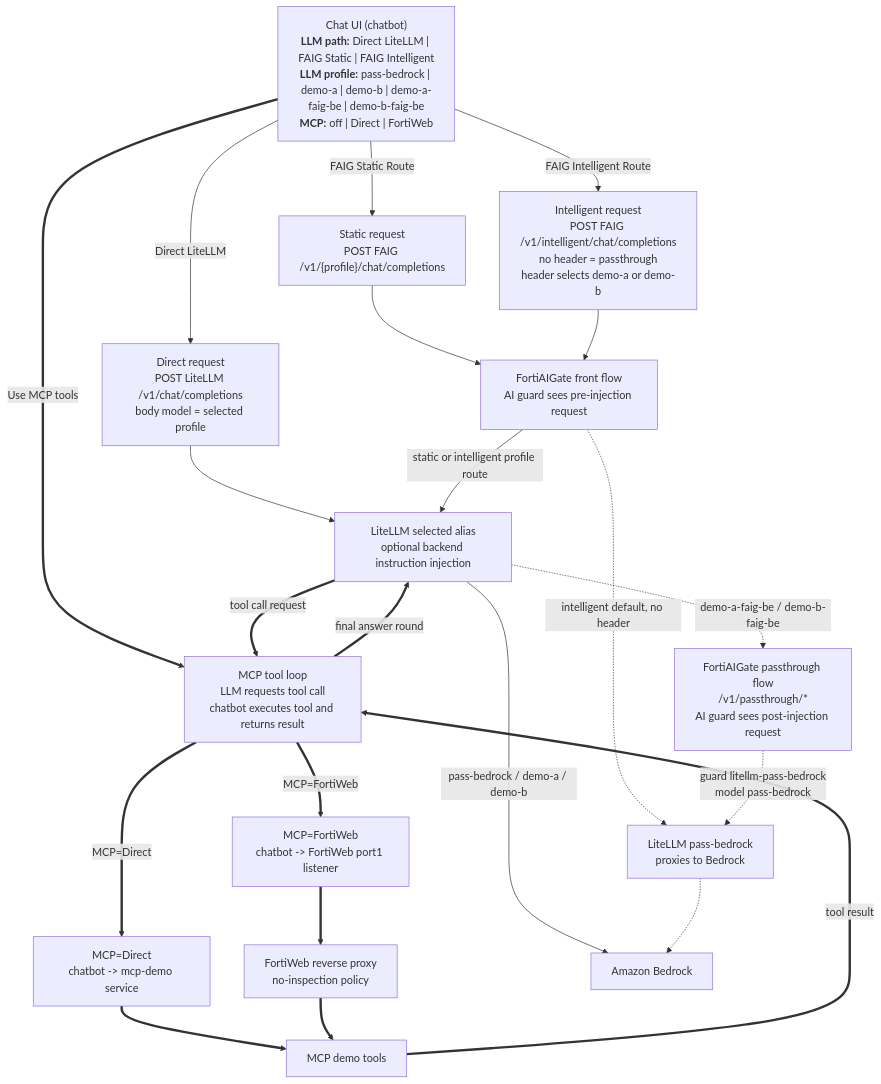
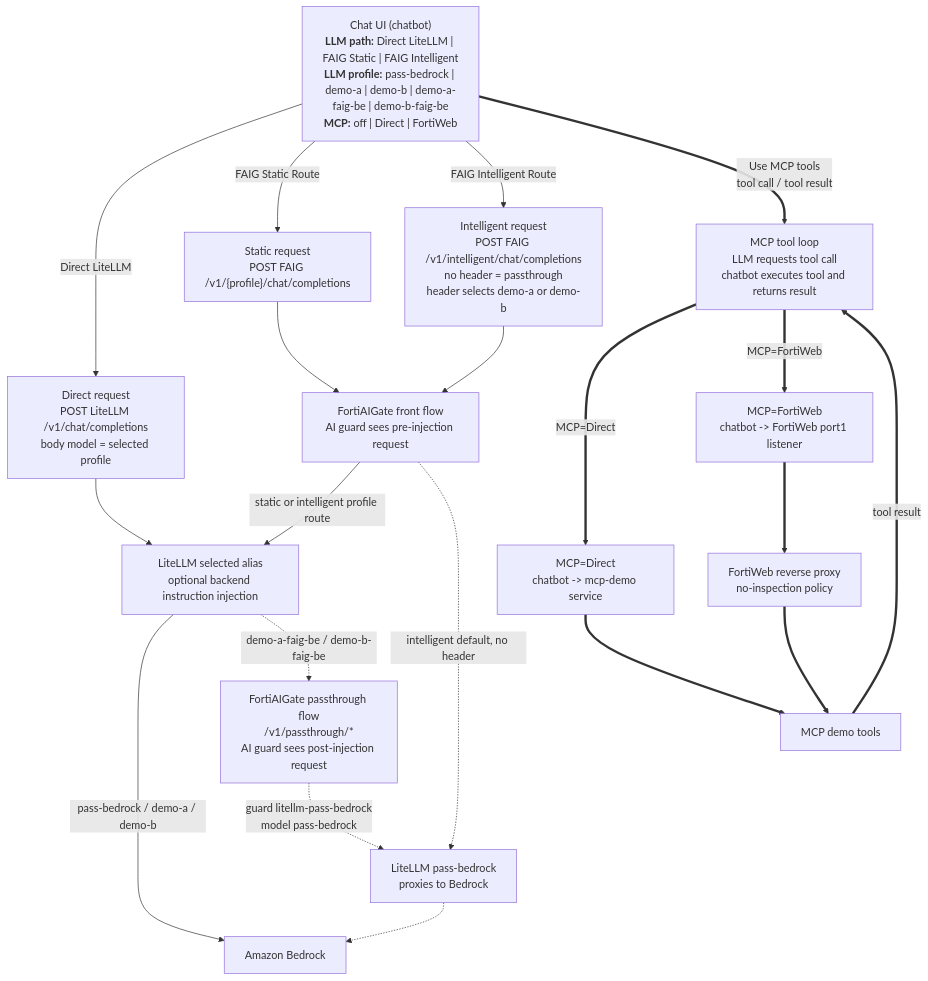
The diagram in docs/FortiAIGate-initial-config.MD (mabutterfield/fortiaigate_demo), drawn with Mermaid before and after one commit. The commit also changed 1 other file, not shown here.

Commit message:
made flows look more like network flows

````diff
--- a/docs/FortiAIGate-initial-config.MD
+++ b/docs/FortiAIGate-initial-config.MD
@@ -22,43 +22,41 @@
 ```mermaid
 flowchart TD
     UI["Chat UI (chatbot)<br/><b>LLM path:</b> Direct LiteLLM | FAIG Static | FAIG Intelligent<br/><b>LLM profile:</b> pass-bedrock | demo-a | demo-b | demo-a-faig-be | demo-b-faig-be<br/><b>MCP:</b> off | Direct | FortiWeb"]
 
     RD["Direct request<br/>POST LiteLLM /v1/chat/completions<br/>body model = selected profile"]
     RS["Static request<br/>POST FAIG /v1/{profile}/chat/completions"]
     RI["Intelligent request<br/>POST FAIG /v1/intelligent/chat/completions<br/>no header = passthrough<br/>header selects demo-a or demo-b"]
     MT["MCP tool loop<br/>LLM requests tool call<br/>chatbot executes tool and returns result"]
     MD["MCP=Direct<br/>chatbot -> mcp-demo service"]
     MFW["MCP=FortiWeb<br/>chatbot -> FortiWeb port1 listener"]
     FWB["FortiWeb reverse proxy<br/>no-inspection policy"]
     MCP["MCP demo tools"]
 
     FAIG["FortiAIGate front flow<br/>AI guard sees pre-injection request"]
     LL["LiteLLM selected alias<br/>optional backend instruction injection"]
     FB["FortiAIGate passthrough flow<br/>/v1/passthrough/*<br/>AI guard sees post-injection request"]
     LP["LiteLLM pass-bedrock<br/>proxies to Bedrock"]
     BR["Amazon Bedrock"]
 
     UI -->|"Direct LiteLLM"| RD
     UI -->|"FAIG Static Route"| RS
     UI -->|"FAIG Intelligent Route"| RI
-    UI ==>|"Use MCP tools"| MT
+    UI ==>|"Use MCP tools<br/>tool call / tool result"| MT
 
     RD --> LL
     RS --> FAIG
     RI --> FAIG
     FAIG -->|"static or intelligent profile route"| LL
     FAIG -.->|"intelligent default, no header"| LP
 
     LL -->|"pass-bedrock / demo-a / demo-b"| BR
     LL -.->|"demo-a-faig-be / demo-b-faig-be"| FB
     FB -.->|"guard litellm-pass-bedrock<br/>model pass-bedrock"| LP
     LP -.-> BR
-    LL ==>|"tool call request"| MT
     MT ==>|"MCP=Direct"| MD
     MT ==>|"MCP=FortiWeb"| MFW
     MD ==> MCP
     MFW ==> FWB
     FWB ==> MCP
     MCP ==>|"tool result"| MT
-    MT ==>|"final answer round"| LL
 ```
````
